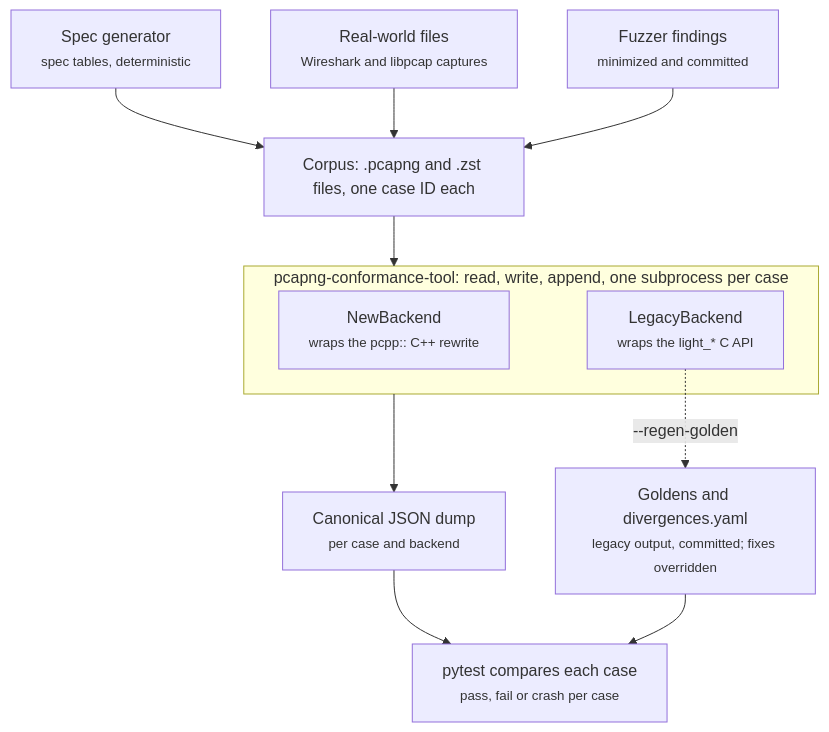
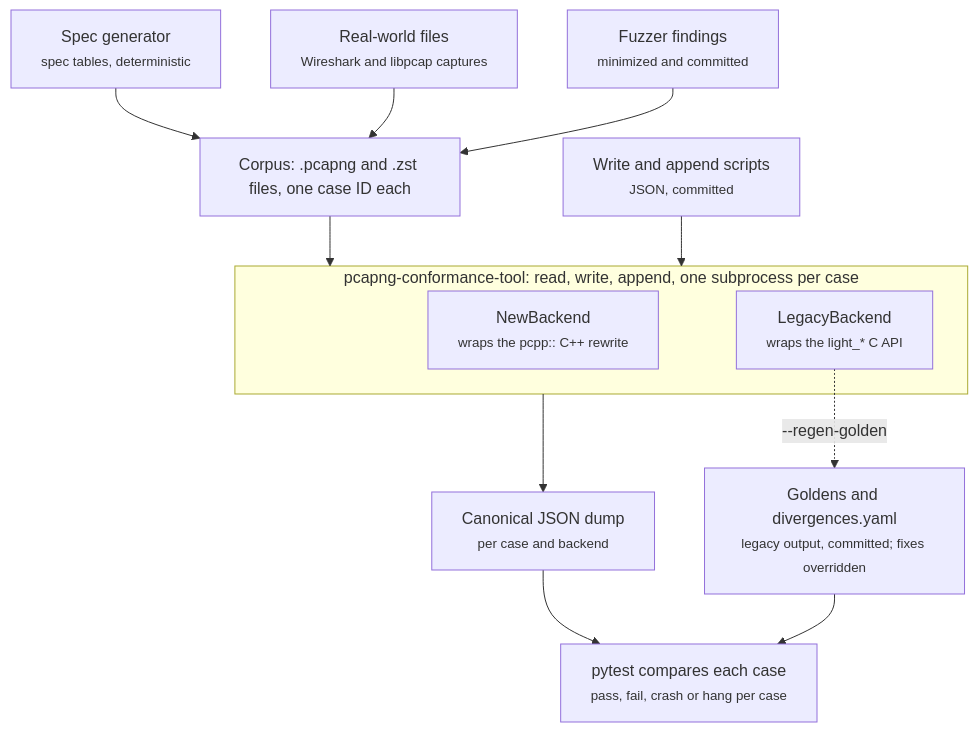
The diagram in docs/PLAN.md (PcapPlusPlus/PcapNgPlusPlus), drawn with Mermaid before and after one commit. The commit also changed other lines of this file and 84 other files, not shown here.

````diff
--- a/docs/PLAN.md
+++ b/docs/PLAN.md
@@ -84,15 +104,16 @@
 ```mermaid
 flowchart TB
     gen["Spec generator<br/><small>spec tables, deterministic</small>"] --> corpus
     real["Real-world files<br/><small>Wireshark and libpcap captures</small>"] --> corpus
     fuzz["Fuzzer findings<br/><small>minimized and committed</small>"] --> corpus
     corpus["Corpus: .pcapng and .zst files, one case ID each"] --> tool
+    scripts["Write and append scripts<br/><small>JSON, committed</small>"] --> tool
     subgraph tool["pcapng-conformance-tool: read, write, append, one subprocess per case"]
         new["NewBackend<br/><small>wraps the pcpp:: C++ rewrite</small>"]
         legacy["LegacyBackend<br/><small>wraps the light_* C API</small>"]
     end
     tool --> dump["Canonical JSON dump<br/><small>per case and backend</small>"]
     legacy -. "--regen-golden" .-> golden["Goldens and divergences.yaml<br/><small>legacy output, committed; fixes overridden</small>"]
-    dump --> pytest["pytest compares each case<br/><small>pass, fail or crash per case</small>"]
+    dump --> pytest["pytest compares each case<br/><small>pass, fail, crash or hang per case</small>"]
     golden --> pytest
 ```
````
